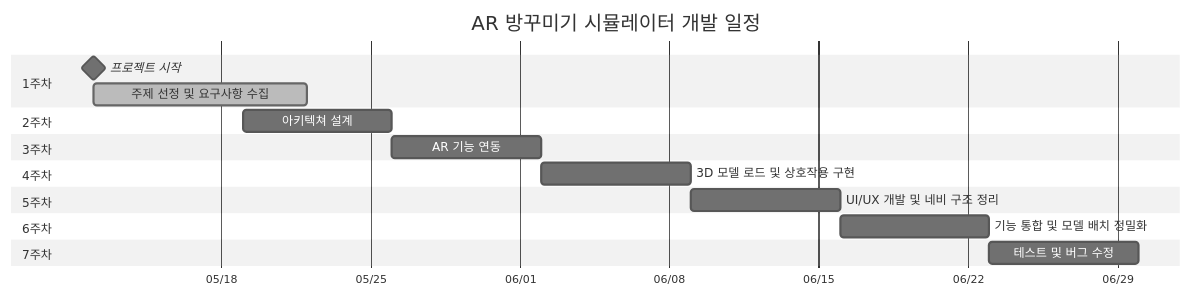
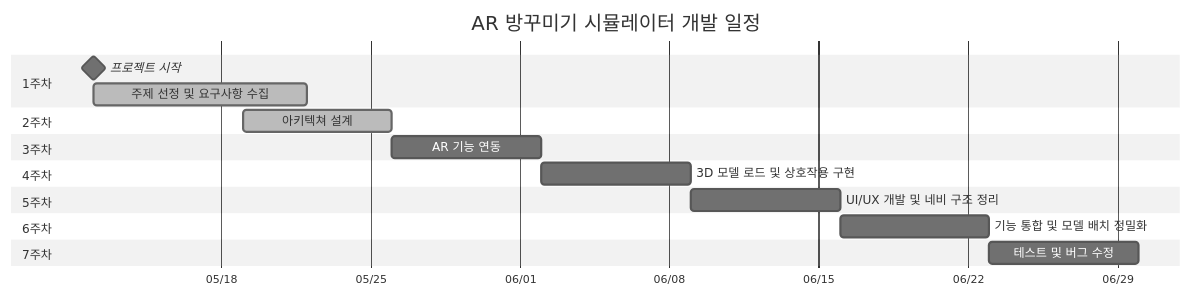
The diagram in 프로젝트 계획서V2.1.md (YOUHEETAE/flutter), drawn with Mermaid (neutral theme) before and after one commit.

Commit message:
Update 프로젝트 계획서V2.2.md

````diff
--- a/프로젝트 계획서V2.1.md
+++ b/프로젝트 계획서V2.1.md
@@ -43,21 +43,21 @@
 ```mermaid
 gantt
     title AR 방꾸미기 시뮬레이터 개발 일정
     dateFormat  YYYY-MM-DD
     axisFormat  %m/%d
     section 1주차
     프로젝트 시작            :milestone, 2025-05-12, 0d
     주제 선정 및 요구사항 수집          :done, a1, 2025-05-12, 10d
     section 2주차
-    아키텍쳐 설계 :a2, 2025-05-19 , 7d
+    아키텍쳐 설계 :done, a2, 2025-05-19 , 7d
     section 3주차
     AR 기능 연동                    :a3, after a2, 7d
     section 4주차
     3D 모델 로드 및 상호작용 구현       :a4, after a3, 7d
     section 5주차
     UI/UX 개발 및 네비 구조 정리   :a5, after a4, 7d
     section 6주차
     기능 통합 및 모델 배치 정밀화       :a6, after a5, 7d
     section 7주차
     테스트 및 버그 수정               :a7, after a6, 7d
 ```
````
